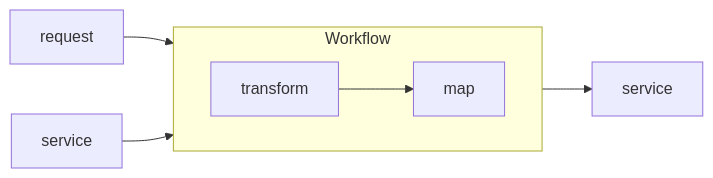
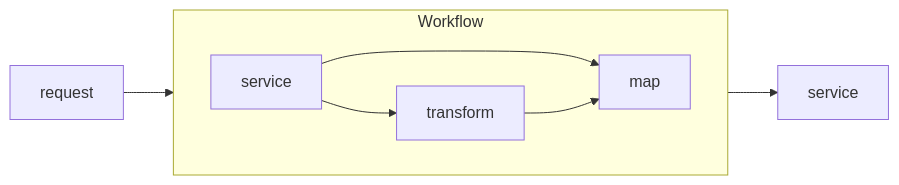
One commit to CodingFlow/service-orchestrator changed the third of 5 diagrams in README.md. Above: the diagram before and after it, drawn with Mermaid. The commit also changed other lines of this file, not shown here.

Commit message:
Update readme with architecture update: transforms as local data sources. Simplies workflow configuration and concepts.

````diff
--- a/README.md
+++ b/README.md
@@ -32,14 +57,15 @@
 ```mermaid
 flowchart LR
     mapRequest["map"]
     serviceB["service"]
 
     request --> transform
     serviceB --> transform
     mapRequest --> service
 
     subgraph Workflow
         direction LR
+        serviceB --> mapRequest
         transform --> mapRequest
     end
 ```
````
